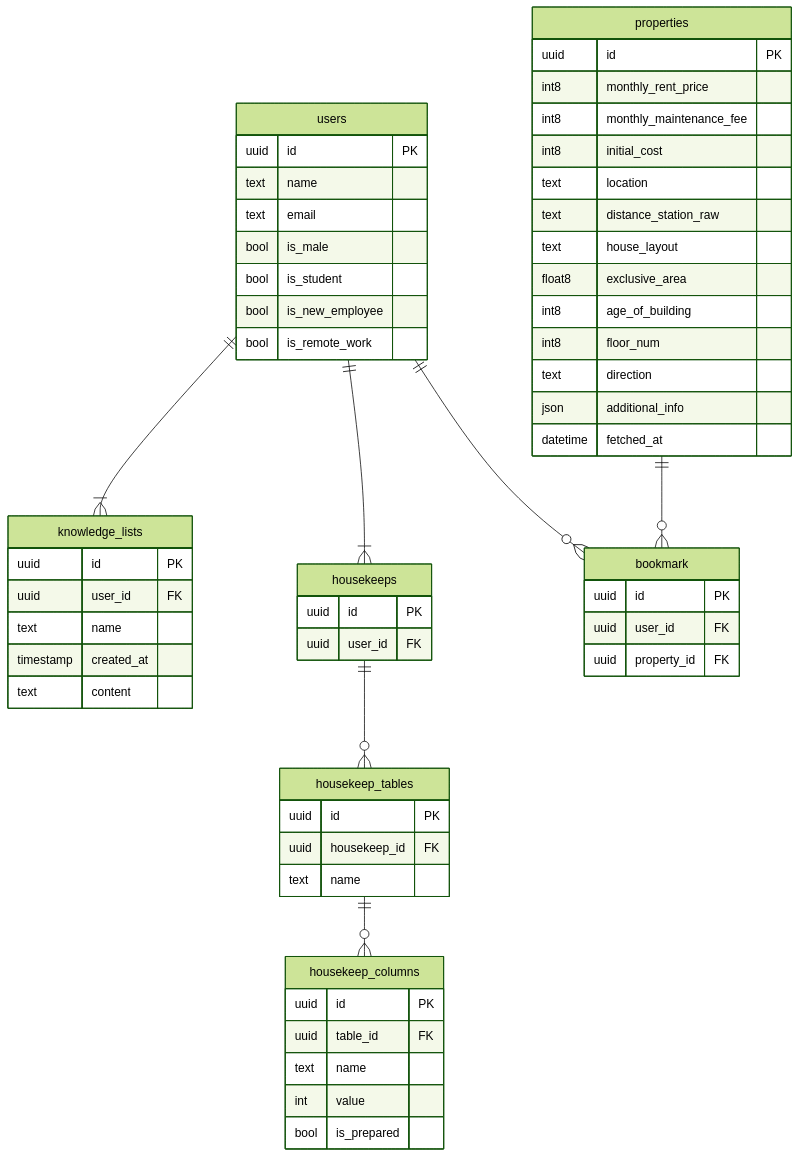
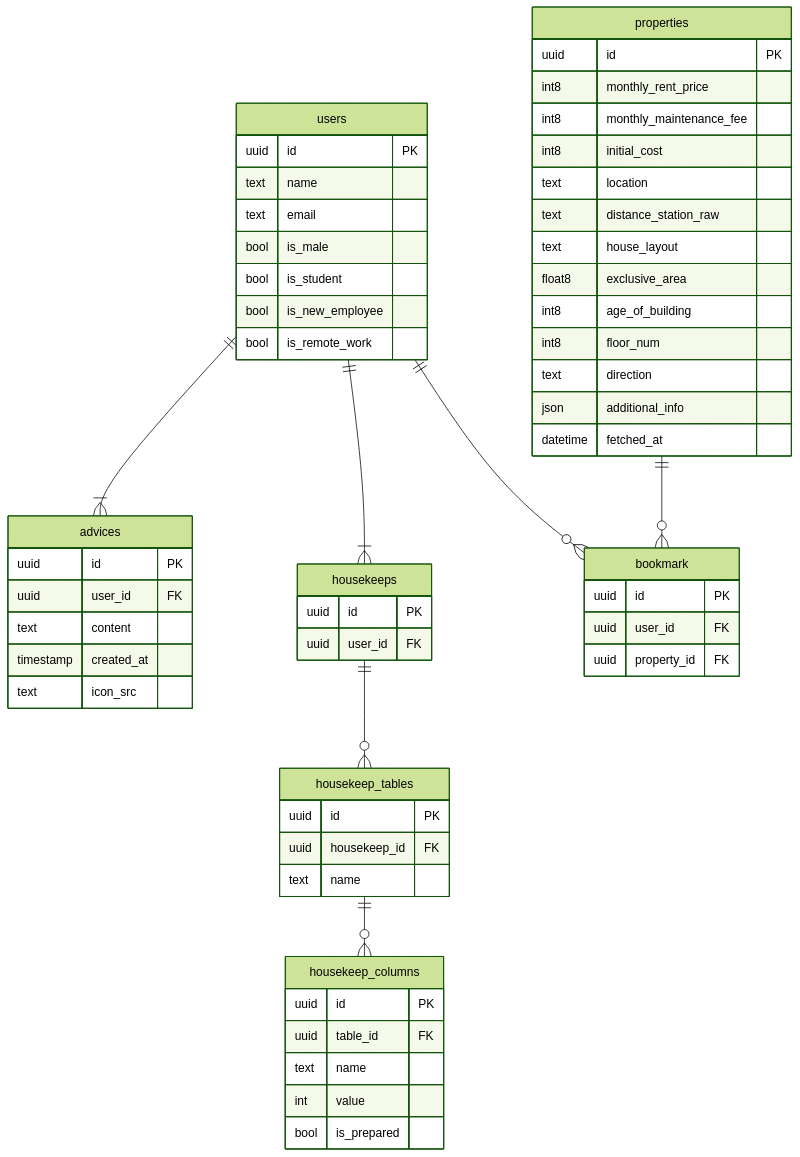
Before and after one commit to project-hikkoshiori/hikkoshiori: the diagram in docs/ER.md, drawn with Mermaid (forest theme).

Commit message:
fix knowledge_lists -> advices

````diff
--- a/docs/ER.md
+++ b/docs/ER.md
@@ -1,71 +1,71 @@
 ```mermaid
 erDiagram
 
-    users ||--|{ knowledge_lists: ""
+    users ||--|{ advices: ""
     users ||--|{ housekeeps: ""
     users ||--o{ bookmark: ""
     housekeeps ||--o{ housekeep_tables: ""
     housekeep_tables ||--o{ housekeep_columns: ""
     properties ||--o{ bookmark: ""
 
     users {
         uuid id PK
         text name
         text email
         bool is_male
         bool is_student
         bool is_new_employee
         bool is_remote_work
     }
 
-    knowledge_lists {
+    advices {
         uuid id PK
         uuid user_id FK
-        text name
+        text content
         timestamp created_at
-        text content
+        text icon_src
     }
 
     housekeeps {
         uuid id PK
         uuid user_id FK
     }
 
     housekeep_tables {
         uuid id PK
         uuid housekeep_id FK
         text name
     }
 
     housekeep_columns {
         uuid id PK
         uuid table_id FK
         text name
         int value
         bool is_prepared
     }
 
 
     bookmark{
         uuid id PK
         uuid user_id FK
         uuid property_id FK
     }
 
     properties{
         uuid id PK
         int8 monthly_rent_price
         int8 monthly_maintenance_fee
         int8 initial_cost
         text location
         text distance_station_raw
         text house_layout
         float8 exclusive_area
         int8 age_of_building
         int8 floor_num
         text direction
         json additional_info
         datetime fetched_at
     }
 
 ```
````
